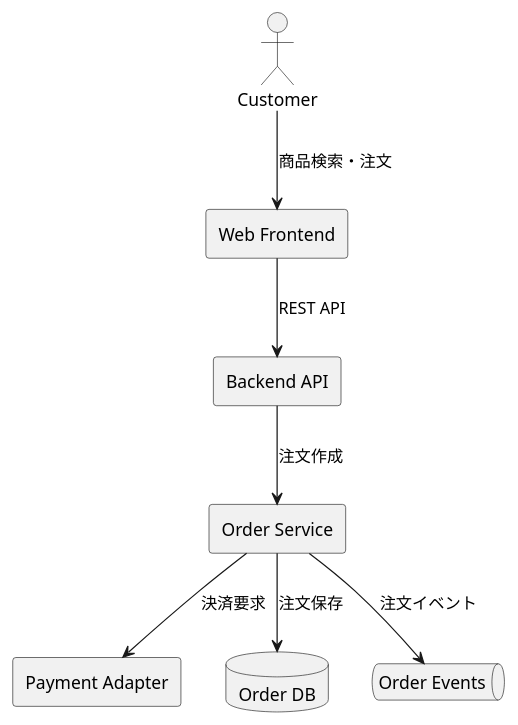
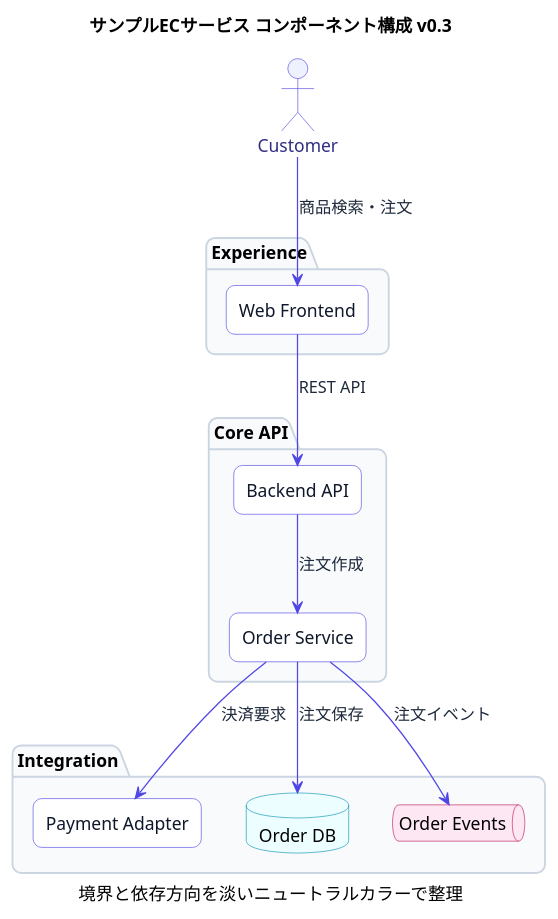
Before and after one commit to tgrhg/md-to-design-doc: the second of 2 diagrams in docs/architecture/sample-ec-service.md, drawn with PlantUML. The commit also changed other lines of this file and 8 other files, not shown here.

Commit message:
Refine UML style and add Pages preview URLs

````diff
--- a/docs/architecture/sample-ec-service.md
+++ b/docs/architecture/sample-ec-service.md
@@ -34,19 +34,46 @@
 ```plantuml
 @startuml
+skinparam backgroundColor transparent
+skinparam shadowing false
+skinparam roundcorner 14
 skinparam componentStyle rectangle
+skinparam ArrowColor #4F46E5
+skinparam ArrowFontColor #1E293B
+skinparam ComponentBorderColor #4F46E5
+skinparam ComponentBackgroundColor #FFFFFF
+skinparam ComponentFontColor #0F172A
+skinparam DatabaseBorderColor #0891B2
+skinparam DatabaseBackgroundColor #ECFEFF
+skinparam QueueBorderColor #BE185D
+skinparam QueueBackgroundColor #FCE7F3
+skinparam ActorBorderColor #4F46E5
+skinparam ActorBackgroundColor #EEF2FF
+skinparam ActorFontColor #312E81
+skinparam PackageBorderColor #CBD5E1
+skinparam PackageBackgroundColor #F8FAFC
+
+title サンプルECサービス コンポーネント構成 v0.3
+caption 境界と依存方向を淡いニュートラルカラーで整理
+
 actor Customer as customer
-component "Web Frontend" as web
-component "Backend API" as api
-component "Order Service" as order
-component "Payment Adapter" as payment
-database "Order DB" as db
-queue "Order Events" as queue
+package "Experience" {
+  component "Web Frontend" as web
+}
+package "Core API" {
+  component "Backend API" as api
+  component "Order Service" as order
+}
+package "Integration" {
+  component "Payment Adapter" as payment
+  database "Order DB" as db
+  queue "Order Events" as queue
+}
 
 customer --> web : 商品検索・注文
 web --> api : REST API
 api --> order : 注文作成
 order --> payment : 決済要求
 order --> db : 注文保存
 order --> queue : 注文イベント
 @enduml
 ```
````
